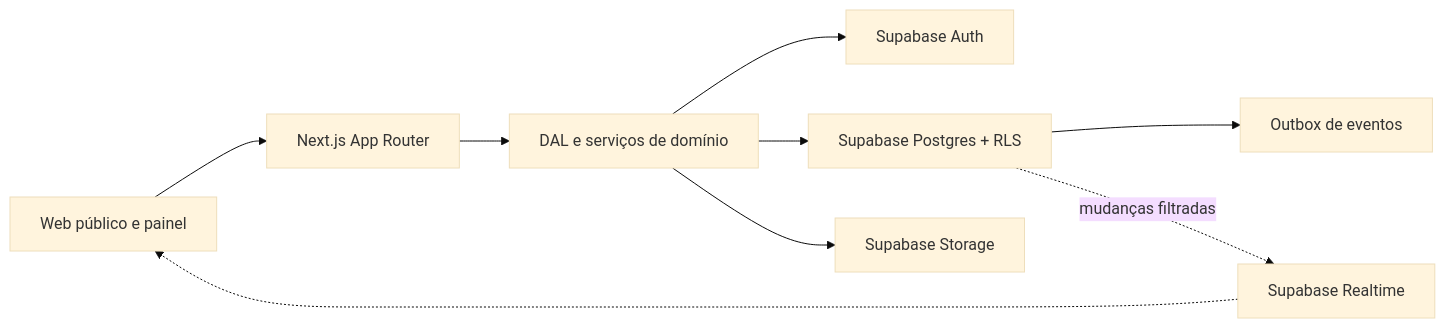
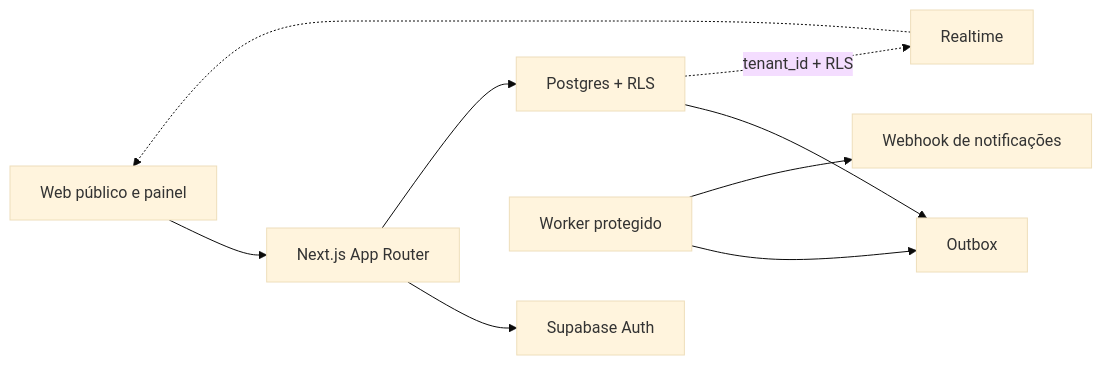
One commit to arthurohenrique/agenda changed the first of 2 diagrams in docs/ARCHITECTURE.md. Above: the diagram before and after it, drawn with Mermaid (base theme). The commit also changed other lines of this file and 73 other files, not shown here.

````diff
--- a/docs/ARCHITECTURE.md
+++ b/docs/ARCHITECTURE.md
@@ -7,11 +9,11 @@
 ```mermaid
 flowchart LR
-  Browser["Web público e painel"] --> App["Next.js App Router"]
-  App --> DAL["DAL e serviços de domínio"]
-  DAL --> Auth["Supabase Auth"]
-  DAL --> DB["Supabase Postgres + RLS"]
-  DAL --> Storage["Supabase Storage"]
-  DB --> Outbox["Outbox de eventos"]
-  DB -. "mudanças filtradas" .-> Realtime["Supabase Realtime"]
-  Realtime -.-> Browser
+  B["Web público e painel"] --> N["Next.js App Router"]
+  N --> A["Supabase Auth"]
+  N --> D["Postgres + RLS"]
+  D --> O["Outbox"]
+  W["Worker protegido"] --> O
+  W --> P["Webhook de notificações"]
+  D -. "tenant_id + RLS" .-> R["Realtime"]
+  R -.-> B
 ```
````
